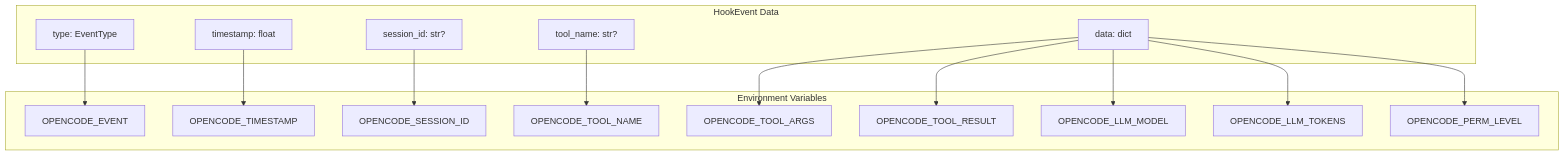
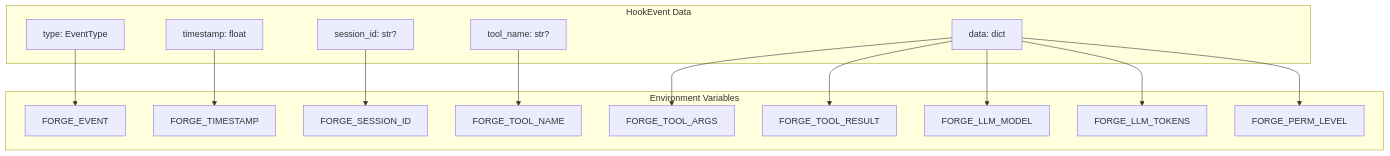
One commit to corey-rosamond/Code-Forge changed diagram 13 of 13 in .ai/phase/4.2/UML.md. Above: the diagram before and after it, drawn with Mermaid. The commit also changed other lines of this file and 505 other files, not shown here.

````diff
--- a/.ai/phase/4.2/UML.md
+++ b/.ai/phase/4.2/UML.md
@@ -459,32 +459,32 @@
 ```mermaid
 flowchart TB
     subgraph Event["HookEvent Data"]
         TYPE[type: EventType]
         TIMESTAMP[timestamp: float]
         DATA[data: dict]
         TOOL[tool_name: str?]
         SESSION[session_id: str?]
     end
 
     subgraph EnvVars["Environment Variables"]
-        E_EVENT[OPENCODE_EVENT]
-        E_TS[OPENCODE_TIMESTAMP]
-        E_SESS[OPENCODE_SESSION_ID]
-        E_TOOL[OPENCODE_TOOL_NAME]
-        E_ARGS[OPENCODE_TOOL_ARGS]
-        E_RESULT[OPENCODE_TOOL_RESULT]
-        E_MODEL[OPENCODE_LLM_MODEL]
-        E_TOKENS[OPENCODE_LLM_TOKENS]
-        E_PERM[OPENCODE_PERM_LEVEL]
+        E_EVENT[FORGE_EVENT]
+        E_TS[FORGE_TIMESTAMP]
+        E_SESS[FORGE_SESSION_ID]
+        E_TOOL[FORGE_TOOL_NAME]
+        E_ARGS[FORGE_TOOL_ARGS]
+        E_RESULT[FORGE_TOOL_RESULT]
+        E_MODEL[FORGE_LLM_MODEL]
+        E_TOKENS[FORGE_LLM_TOKENS]
+        E_PERM[FORGE_PERM_LEVEL]
     end
 
     TYPE --> E_EVENT
     TIMESTAMP --> E_TS
     SESSION --> E_SESS
     TOOL --> E_TOOL
     DATA --> E_ARGS
     DATA --> E_RESULT
     DATA --> E_MODEL
     DATA --> E_TOKENS
     DATA --> E_PERM
 ```
````
